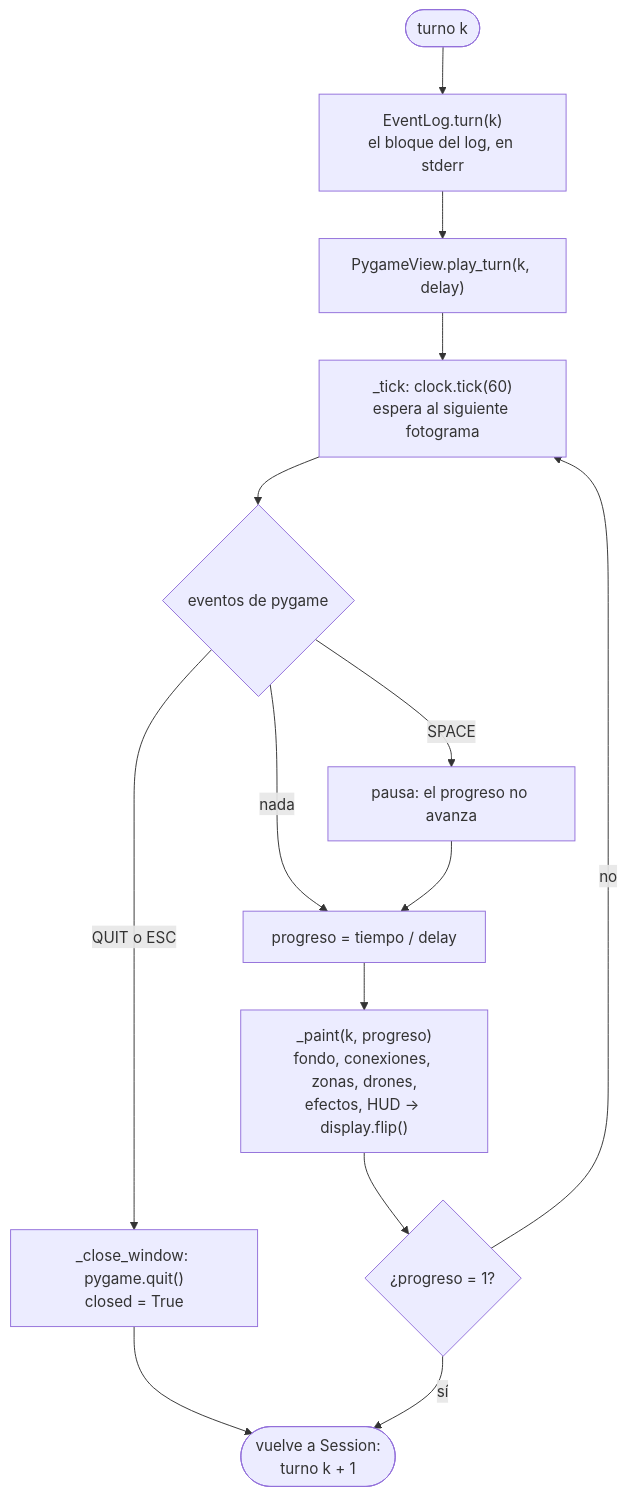
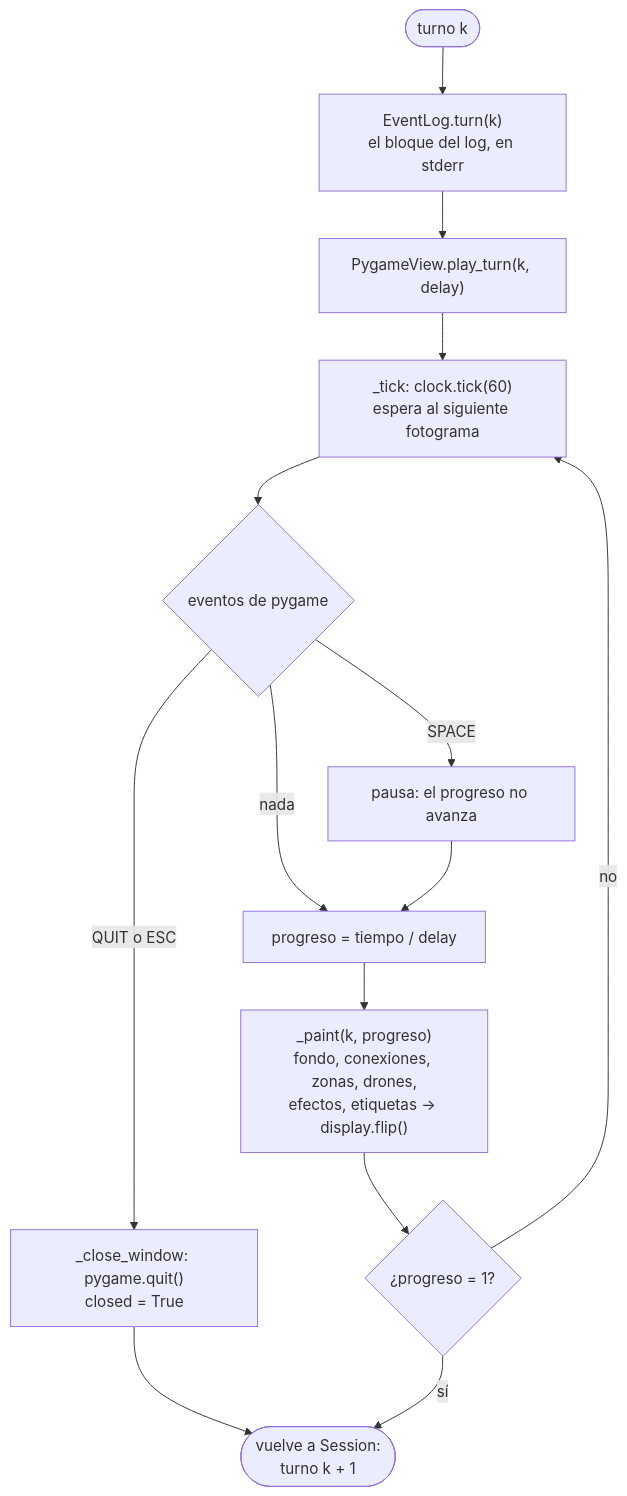
One commit to 0xARCOS/Fly-In changed diagram 12 of 52 in docs/07-diagramas.md. Above: the diagram before and after it, drawn with Mermaid. The commit also changed other lines of this file and 33 other files, not shown here.

````diff
--- a/docs/07-diagramas.md
+++ b/docs/07-diagramas.md
@@ -568,16 +545,16 @@
 ```mermaid
 flowchart TD
     A(["turno k"]) --> L["EventLog.turn(k)<br/>el bloque del log, en stderr"]
     L --> PT["PygameView.play_turn(k, delay)"]
     PT --> T["_tick: clock.tick(60)<br/>espera al siguiente fotograma"]
     T --> EV{"eventos de pygame"}
     EV -->|"QUIT o ESC"| CL["_close_window: pygame.quit()<br/>closed = True"]
     CL --> BACK
     EV -->|"SPACE"| PA["pausa: el progreso no avanza"]
     EV -->|"nada"| PR
     PA --> PR["progreso = tiempo / delay"]
-    PR --> PAINT["_paint(k, progreso)<br/>fondo, conexiones, zonas, drones,<br/>efectos, HUD → display.flip()"]
+    PR --> PAINT["_paint(k, progreso)<br/>fondo, conexiones, zonas, drones,<br/>efectos, etiquetas → display.flip()"]
     PAINT --> DONE{"¿progreso = 1?"}
     DONE -->|"no"| T
     DONE -->|"sí"| BACK(["vuelve a Session:<br/>turno k + 1"])
 ```
````
